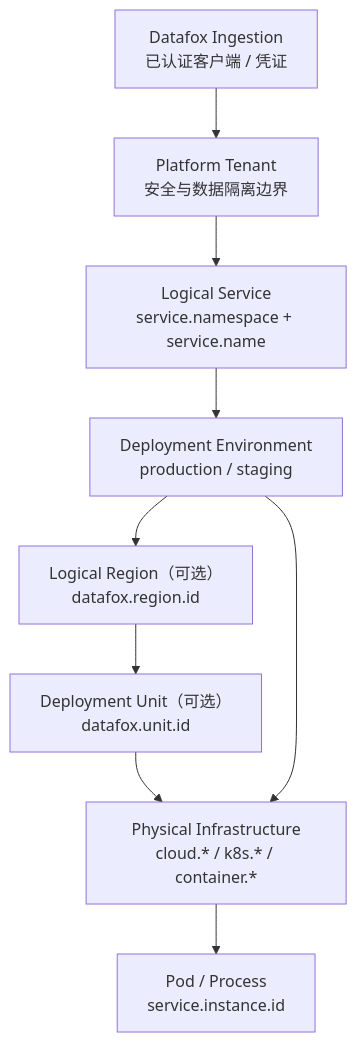
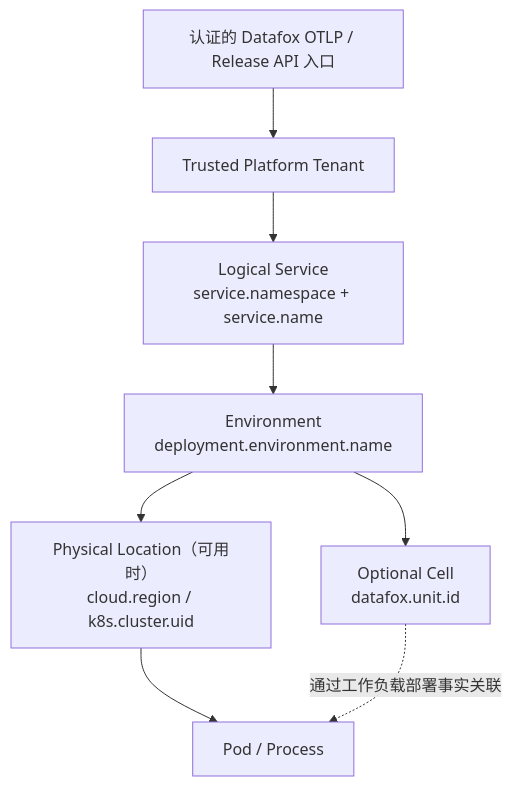
Before and after one commit to datafoxlabs/datafox-kubernetes: the first of 2 diagrams in docs/deployment-topology-and-isolation.md, drawn with Mermaid. The commit also changed other lines of this file, not shown here.

Commit message:
docs: narrow region-cell topology to P0 standard OTel and optional P1 unit

```diff
--- a/docs/deployment-topology-and-isolation.md
+++ b/docs/deployment-topology-and-isolation.md
@@ -22,11 +19,10 @@
 ~~~mermaid
 flowchart TB
-    Ingest["Datafox Ingestion<br/>已认证客户端 / 凭证"] --> T["Platform Tenant<br/>安全与数据隔离边界"]
-    T --> S["Logical Service<br/>service.namespace + service.name"]
-    S --> E["Deployment Environment<br/>production / staging"]
-    E --> R["Logical Region（可选）<br/>datafox.region.id"]
-    R --> U["Deployment Unit（可选）<br/>datafox.unit.id"]
-    U --> C["Physical Infrastructure<br/>cloud.* / k8s.* / container.*"]
-    E --> C
-    C --> P["Pod / Process<br/>service.instance.id"]
+    Auth["认证的 Datafox OTLP / Release API 入口"] --> Tenant["Trusted Platform Tenant"]
+    Tenant --> Service["Logical Service<br/>service.namespace + service.name"]
+    Service --> Env["Environment<br/>deployment.environment.name"]
+    Env --> Location["Physical Location（可用时）<br/>cloud.region / k8s.cluster.uid"]
+    Env --> Unit["Optional Cell<br/>datafox.unit.id"]
+    Location --> Instance["Pod / Process"]
+    Unit -. "通过工作负载部署事实关联" .-> Instance
 ~~~
```
